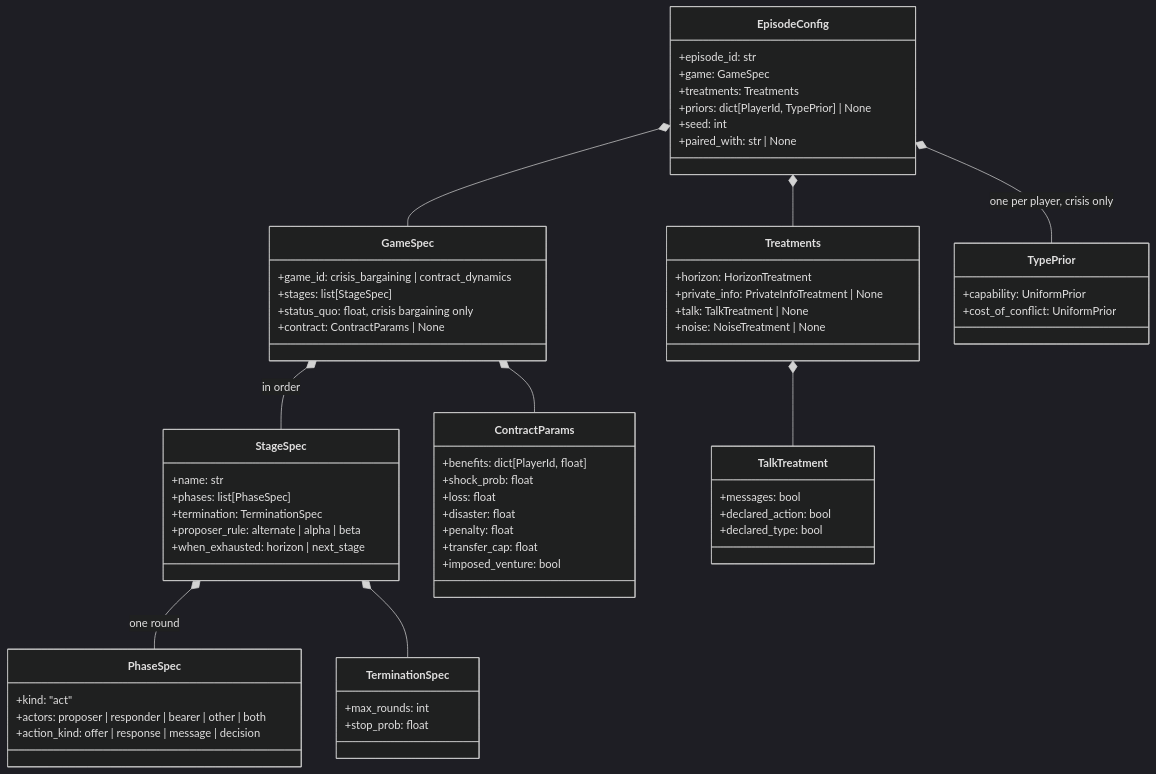
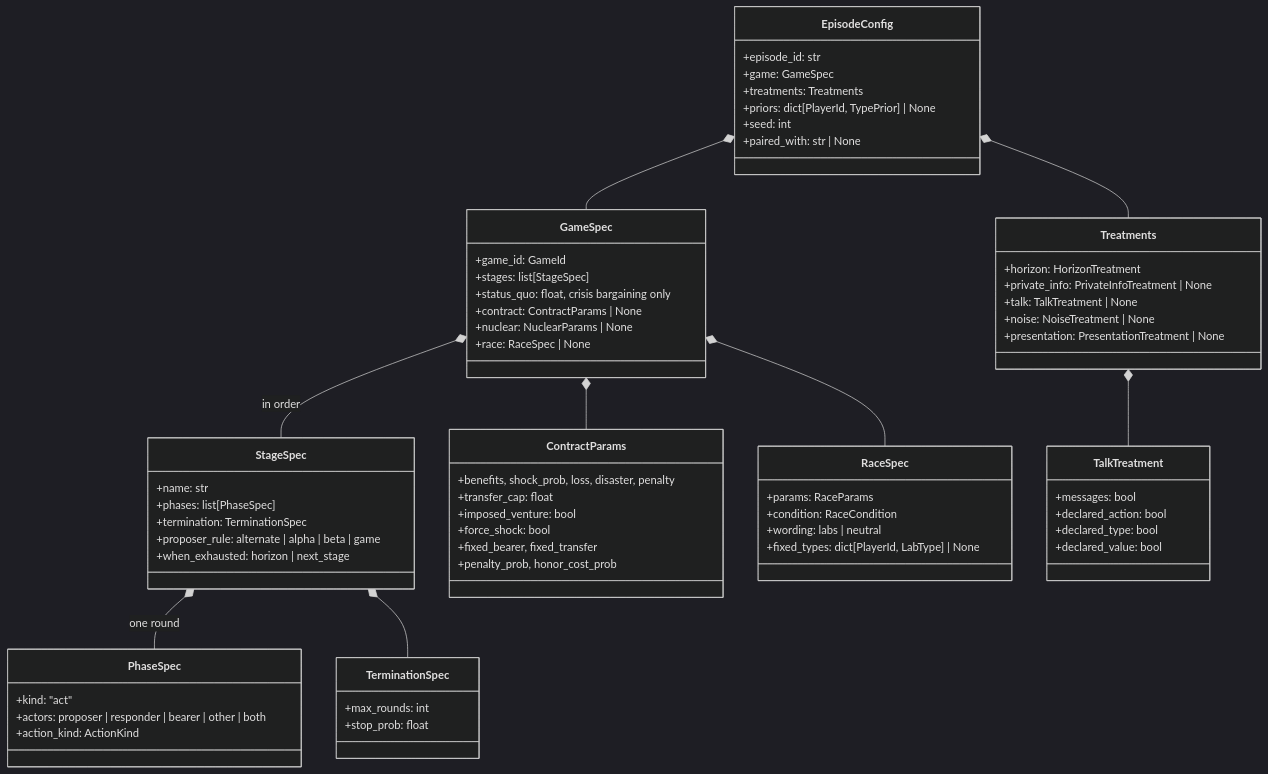
Before and after one commit to CarlosGIbanez/SPAR-Harness-Strategic-Interaction-Agents: the third of 15 diagrams in docs/architecture.md, drawn with Mermaid (dark theme). The commit also changed other lines of this file and 1 other file, not shown here.

Commit message:
Update README and architecture.md to reflect new unification

````diff
--- a/docs/architecture.md
+++ b/docs/architecture.md
@@ -105,65 +101,70 @@
 ```mermaid
 classDiagram
     class EpisodeConfig {
         +episode_id: str
         +game: GameSpec
         +treatments: Treatments
         +priors: dict[PlayerId, TypePrior] | None
         +seed: int
         +paired_with: str | None
     }
     class GameSpec {
-        +game_id: crisis_bargaining | contract_dynamics
+        +game_id: GameId
         +stages: list[StageSpec]
         +status_quo: float, crisis bargaining only
         +contract: ContractParams | None
+        +nuclear: NuclearParams | None
+        +race: RaceSpec | None
     }
     class StageSpec {
         +name: str
         +phases: list[PhaseSpec]
         +termination: TerminationSpec
-        +proposer_rule: alternate | alpha | beta
+        +proposer_rule: alternate | alpha | beta | game
         +when_exhausted: horizon | next_stage
     }
     class PhaseSpec {
         +kind: "act"
         +actors: proposer | responder | bearer | other | both
-        +action_kind: offer | response | message | decision
+        +action_kind: ActionKind
     }
     class TerminationSpec {
         +max_rounds: int
         +stop_prob: float
     }
     class ContractParams {
-        +benefits: dict[PlayerId, float]
-        +shock_prob: float
-        +loss: float
-        +disaster: float
-        +penalty: float
+        +benefits, shock_prob, loss, disaster, penalty
         +transfer_cap: float
         +imposed_venture: bool
+        +force_shock: bool
+        +fixed_bearer, fixed_transfer
+        +penalty_prob, honor_cost_prob
+    }
+    class RaceSpec {
+        +params: RaceParams
+        +condition: RaceCondition
+        +wording: labs | neutral
+        +fixed_types: dict[PlayerId, LabType] | None
     }
     class Treatments {
         +horizon: HorizonTreatment
         +private_info: PrivateInfoTreatment | None
         +talk: TalkTreatment | None
         +noise: NoiseTreatment | None
+        +presentation: PresentationTreatment | None
     }
     class TalkTreatment {
         +messages: bool
         +declared_action: bool
         +declared_type: bool
-    }
-    class TypePrior {
-        +capability: UniformPrior
-        +cost_of_conflict: UniformPrior
+        +declared_value: bool
     }
     EpisodeConfig *-- GameSpec
     EpisodeConfig *-- Treatments
-    EpisodeConfig *-- TypePrior : one per player, crisis only
     GameSpec *-- StageSpec : in order
     GameSpec *-- ContractParams
+    GameSpec *-- RaceSpec
     StageSpec *-- PhaseSpec : one round
     StageSpec *-- TerminationSpec
     Treatments *-- TalkTreatment
 ```
````
